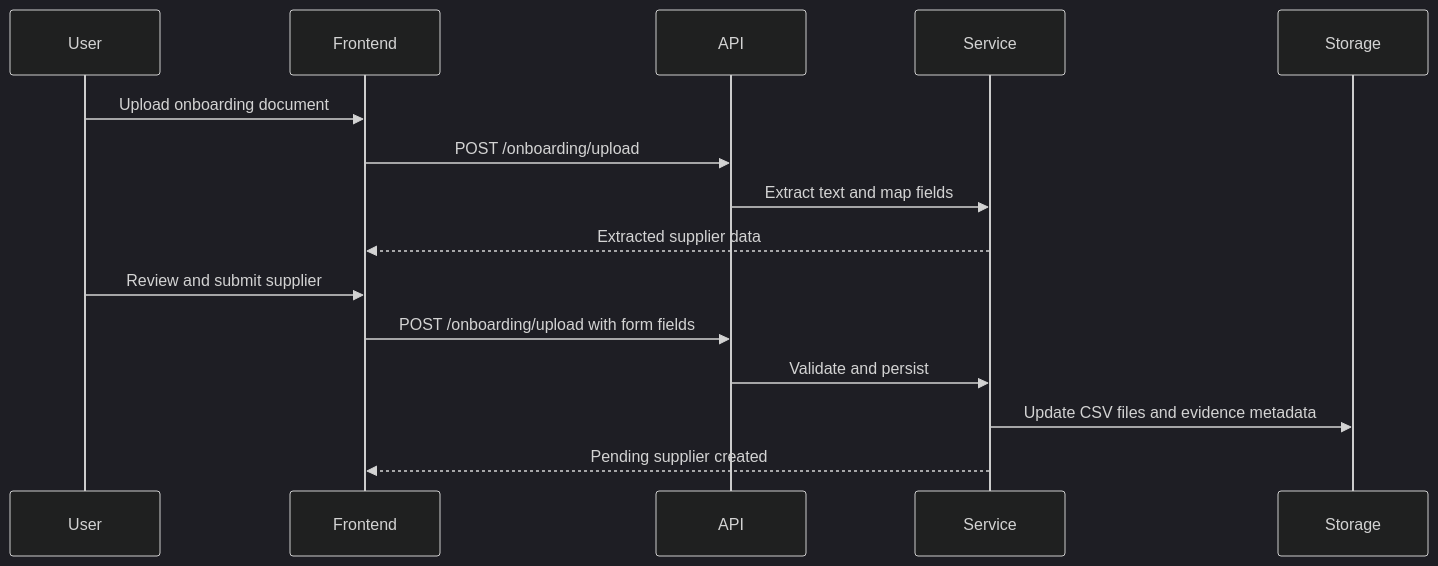
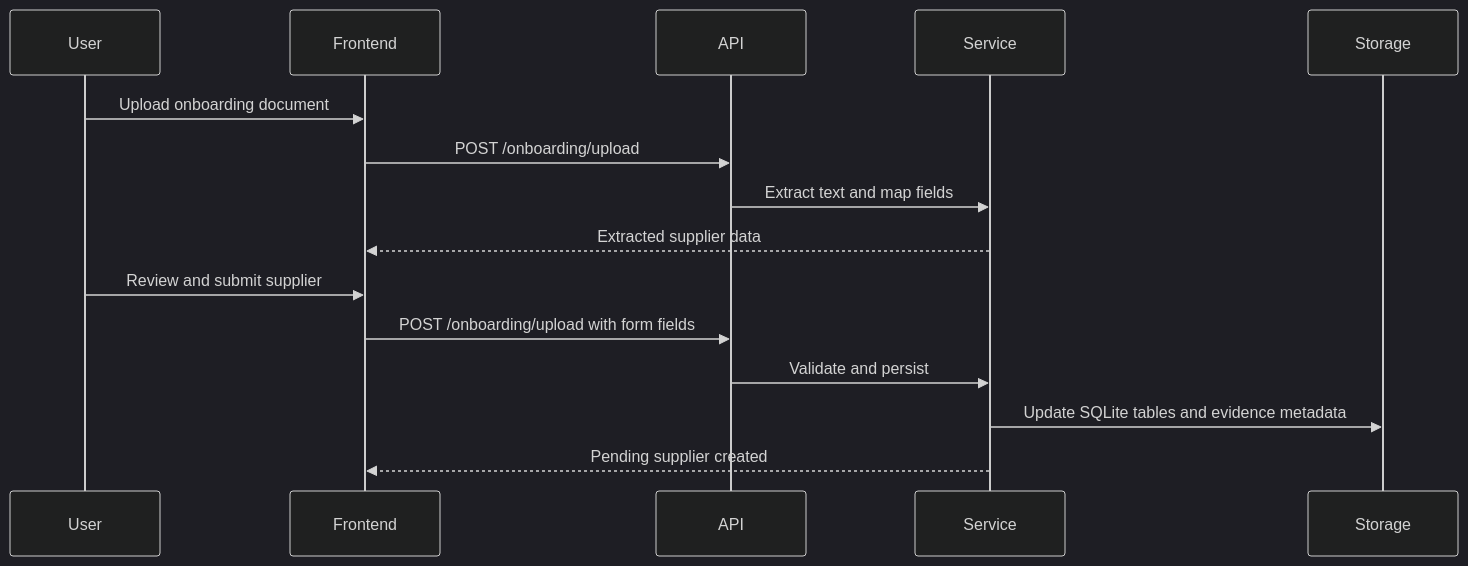
Before and after one commit to chaitu713/supplier-intelligence-react-v2: the third of 4 diagrams in TECHNICAL_DOCUMENTATION.md, drawn with Mermaid (dark theme). The commit also changed other lines of this file and 73 other files, not shown here.

````diff
--- a/TECHNICAL_DOCUMENTATION.md
+++ b/TECHNICAL_DOCUMENTATION.md
@@ -371,18 +371,18 @@
 ```mermaid
 sequenceDiagram
     participant User
     participant Frontend
     participant API
     participant Service
     participant Storage
 
     User->>Frontend: Upload onboarding document
     Frontend->>API: POST /onboarding/upload
     API->>Service: Extract text and map fields
     Service-->>Frontend: Extracted supplier data
     User->>Frontend: Review and submit supplier
     Frontend->>API: POST /onboarding/upload with form fields
     API->>Service: Validate and persist
-    Service->>Storage: Update CSV files and evidence metadata
+    Service->>Storage: Update SQLite tables and evidence metadata
     Service-->>Frontend: Pending supplier created
 ```
````
